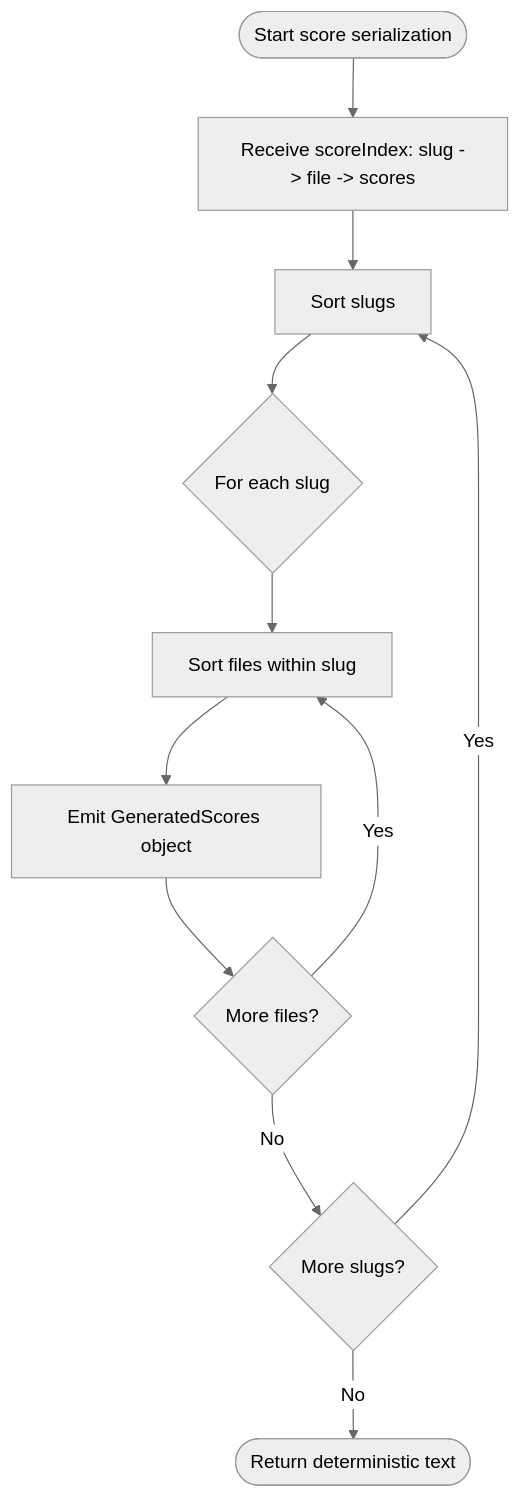
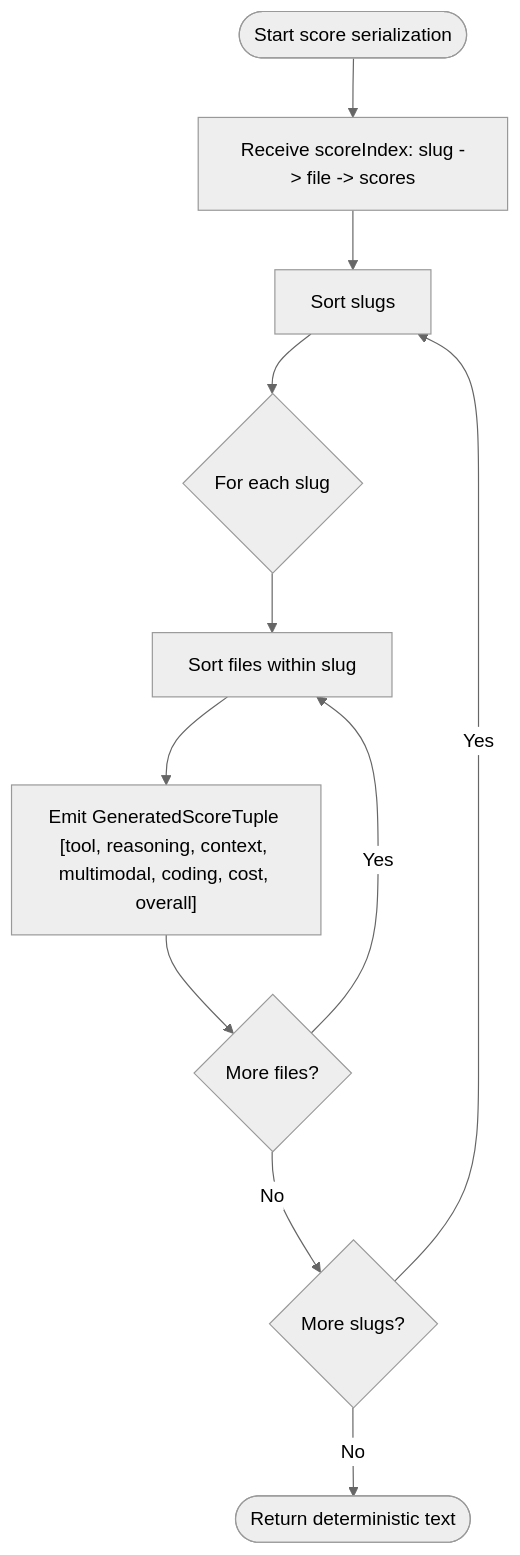
One commit to delirium-dj/modelcomp changed the fifth of 6 diagrams in .qoder/repowiki/en/content/Data Management System/Data Synchronization Pipeline/Code Generation System.md. Above: the diagram before and after it, drawn with Mermaid (neutral theme). The commit also changed other lines of this file and 72 other files, not shown here.

````diff
--- a/.qoder/repowiki/en/content/Data Management System/Data Synchronization Pipeline/Code Generation System.md
+++ b/.qoder/repowiki/en/content/Data Management System/Data Synchronization Pipeline/Code Generation System.md
@@ -225,13 +245,13 @@
 ```mermaid
 flowchart TD
 Start(["Start score serialization"]) --> Index["Receive scoreIndex: slug -> file -> scores"]
 Index --> SortSlugs["Sort slugs"]
 SortSlugs --> ForSlug{"For each slug"}
 ForSlug --> SortFiles["Sort files within slug"]
-SortFiles --> EmitEntry["Emit GeneratedScores object"]
-EmitEntry --> NextFile{"More files?"}
+SortFiles --> EmitTuple["Emit GeneratedScoreTuple [tool, reasoning, context, multimodal, coding, cost, overall]"]
+EmitTuple --> NextFile{"More files?"}
 NextFile --> |Yes| SortFiles
 NextFile --> |No| NextSlug{"More slugs?"}
 NextSlug --> |Yes| SortSlugs
 NextSlug --> |No| Finish(["Return deterministic text"])
 ```
````
